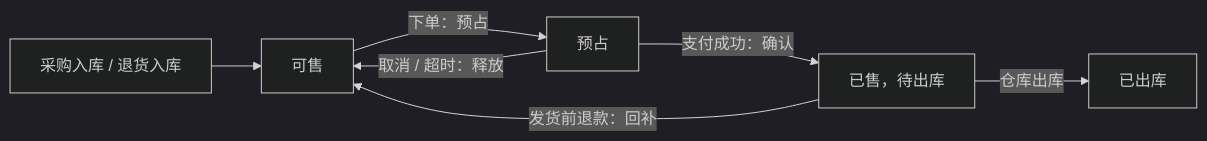
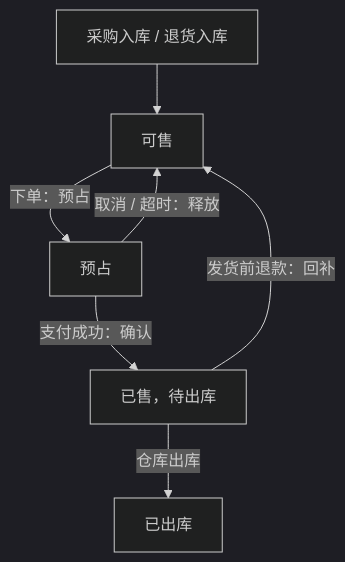
The second of 11 diagrams in 12-场景设计/S08-库存中心.md (liulangjietou/interview), drawn with Mermaid (dark theme) before and after one commit. The commit also changed other lines of this file and 3 other files, not shown here.

````diff
--- a/12-场景设计/S08-库存中心.md
+++ b/12-场景设计/S08-库存中心.md
@@ -69,9 +69,9 @@
 ```mermaid
-flowchart LR
-    A["可售"] -->|"下单：预占"| B["预占"]
+flowchart TD
+    E["采购入库 / 退货入库"] --> A["可售"]
+    A -->|"下单：预占"| B["预占"]
+    B -->|"取消 / 超时：释放"| A
     B -->|"支付成功：确认"| C["已售，待出库"]
-    B -->|"取消 / 超时：释放"| A
+    C -->|"发货前退款：回补"| A
     C -->|"仓库出库"| D["已出库"]
-    C -->|"发货前退款：回补"| A
-    E["采购入库 / 退货入库"] --> A
 ```
````
